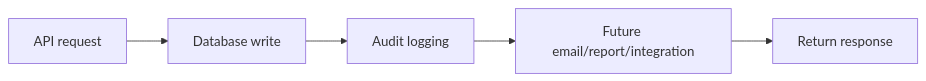
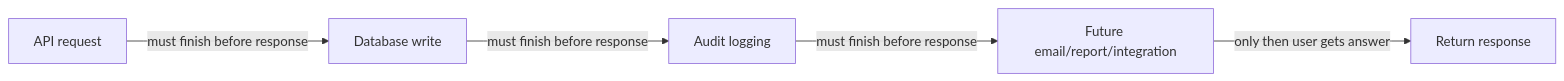
Before and after one commit to YonatanMoshes/Rental: the eighth of 15 diagrams in README.md, drawn with Mermaid. The commit also changed other lines of this file, not shown here.

Commit message:
Clarify README diagrams and layer explanations

````diff
--- a/README.md
+++ b/README.md
@@ -708,10 +466,13 @@
 ```mermaid
 flowchart LR
     API["API request"]
     Work1["Database write"]
     Work2["Audit logging"]
     Work3["Future email/report/integration"]
     Response["Return response"]
 
-    API --> Work1 --> Work2 --> Work3 --> Response
+    API -->|"must finish before response"| Work1
+    Work1 -->|"must finish before response"| Work2
+    Work2 -->|"must finish before response"| Work3
+    Work3 -->|"only then user gets answer"| Response
 ```
````
